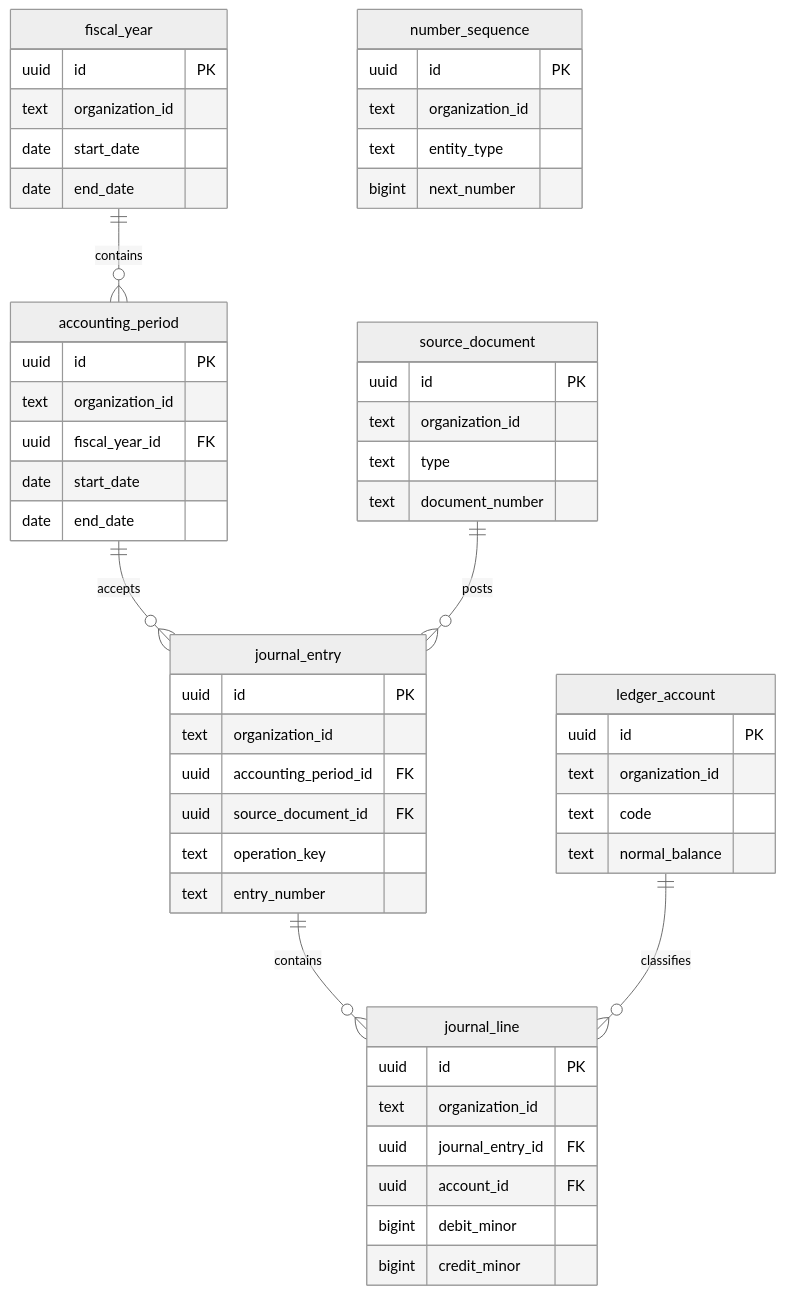
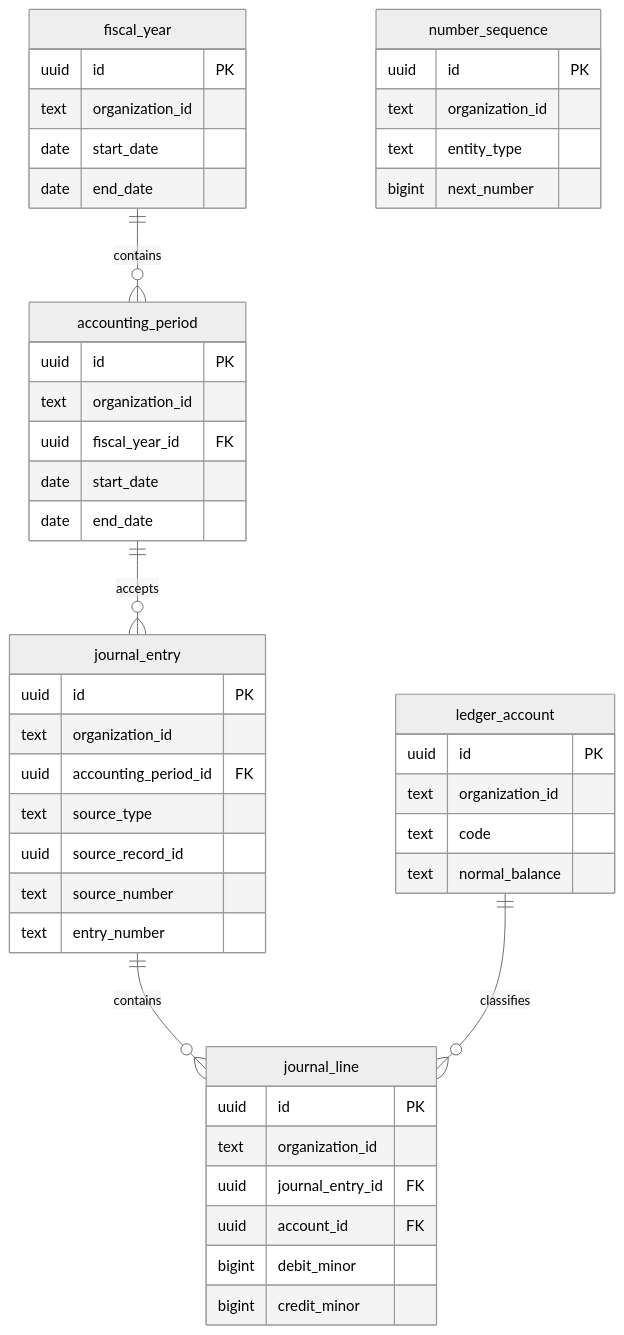
Before and after one commit to isherbuilds/edernal-books: the fourth of 5 diagrams in packages/db/ARCHITECTURE.md, drawn with Mermaid (neutral theme). The commit also changed other lines of this file and 44 other files, not shown here.

````diff
--- a/packages/db/ARCHITECTURE.md
+++ b/packages/db/ARCHITECTURE.md
@@ -129,55 +236,49 @@
 ```mermaid
 erDiagram
   fiscal_year {
     uuid id PK
     text organization_id
     date start_date
     date end_date
   }
   accounting_period {
     uuid id PK
     text organization_id
     uuid fiscal_year_id FK
     date start_date
     date end_date
   }
   ledger_account {
     uuid id PK
     text organization_id
     text code
     text normal_balance
   }
   number_sequence {
     uuid id PK
     text organization_id
     text entity_type
     bigint next_number
   }
-  source_document {
-    uuid id PK
-    text organization_id
-    text type
-    text document_number
-  }
   journal_entry {
     uuid id PK
     text organization_id
     uuid accounting_period_id FK
-    uuid source_document_id FK
-    text operation_key
+    text source_type
+    uuid source_record_id
+    text source_number
     text entry_number
   }
   journal_line {
     uuid id PK
     text organization_id
     uuid journal_entry_id FK
     uuid account_id FK
     bigint debit_minor
     bigint credit_minor
   }
   fiscal_year ||--o{ accounting_period : contains
   accounting_period ||--o{ journal_entry : accepts
-  source_document ||--o{ journal_entry : posts
   journal_entry ||--o{ journal_line : contains
   ledger_account ||--o{ journal_line : classifies
 ```
````
